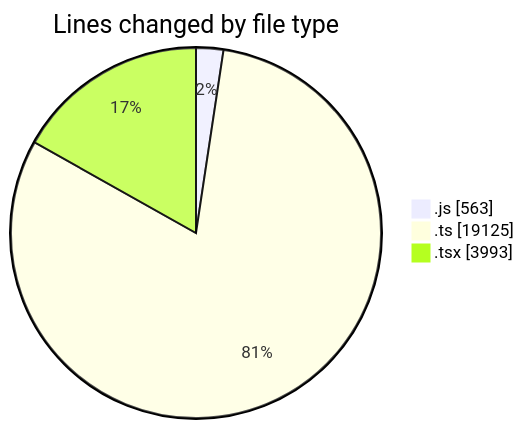
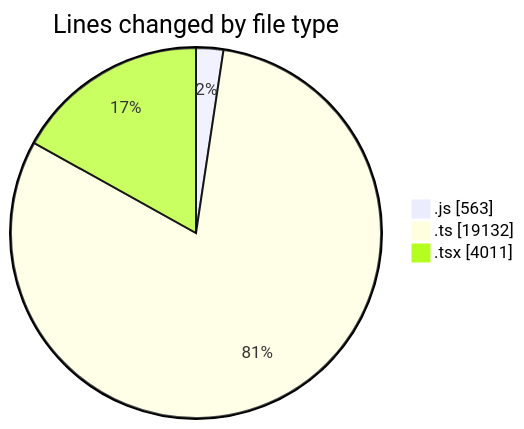
Before and after one commit to momahboobian/code-tracking: the first of 2 diagrams in 2025-11-14/cda/README.md, drawn with Mermaid. The commit also changed other lines of this file and 1 other file, not shown here.

````diff
--- a/2025-11-14/cda/README.md
+++ b/2025-11-14/cda/README.md
@@ -42,7 +43,7 @@
 ```mermaid
 pie showData
 title Lines changed by file type
 ".js" : 563
-".ts" : 19125
-".tsx" : 3993
+".ts" : 19132
+".tsx" : 4011
 ```
````
